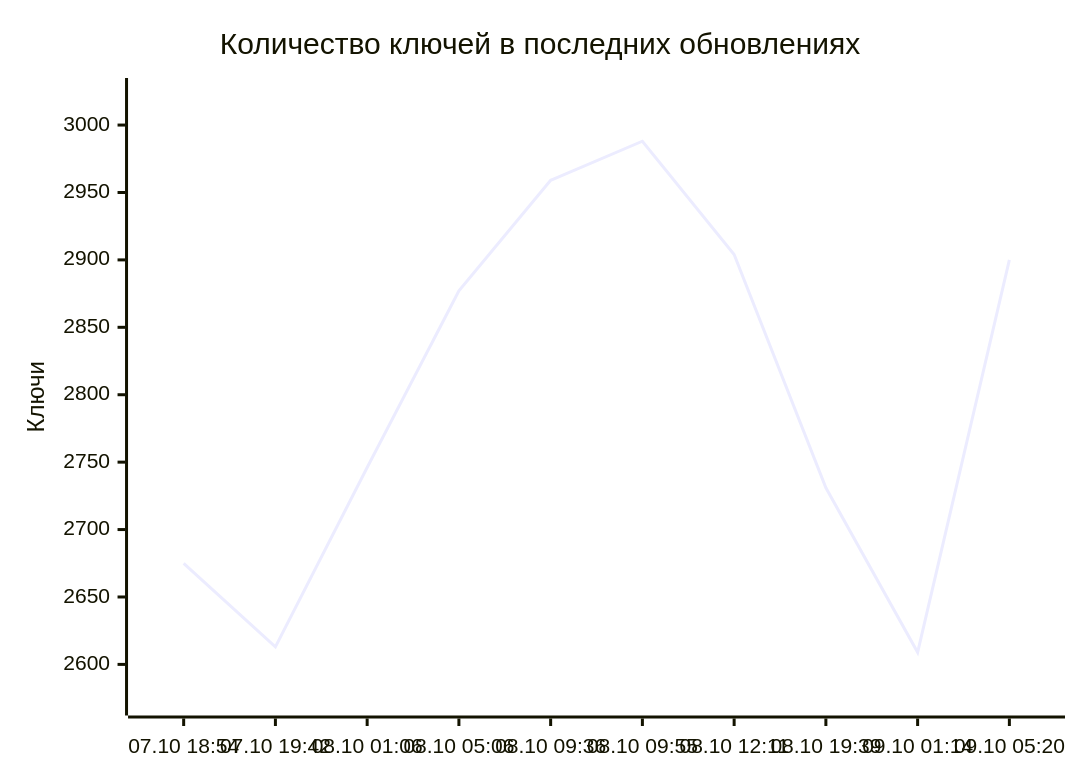
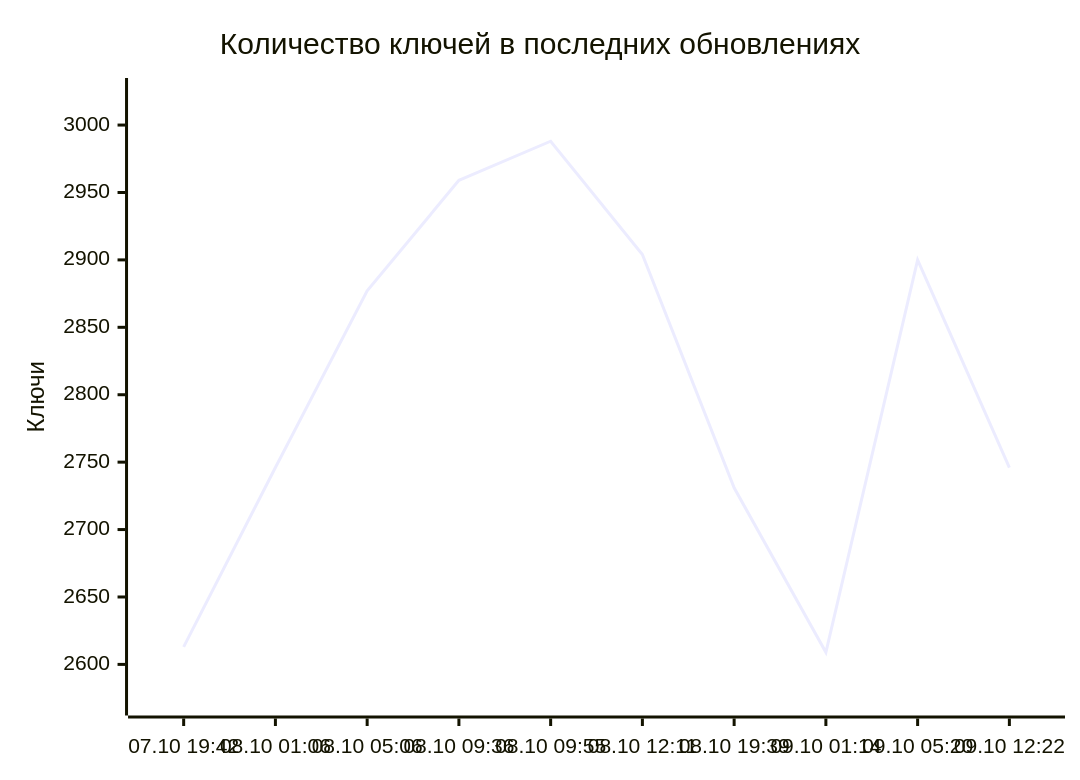
Before and after one commit to markKikhtenko/WireVeil: the diagram in README.md, drawn with Mermaid. The commit also changed other lines of this file and 12 other files, not shown here.

````diff
--- a/README.md
+++ b/README.md
@@ -55,7 +55,7 @@
 ```mermaid
 xychart-beta
     title "Количество ключей в последних обновлениях"
-    x-axis ["07.10 18:54", "07.10 19:42", "08.10 01:06", "08.10 05:06", "08.10 09:36", "08.10 09:55", "08.10 12:11", "08.10 19:39", "09.10 01:14", "09.10 05:20"]
+    x-axis ["07.10 19:42", "08.10 01:06", "08.10 05:06", "08.10 09:36", "08.10 09:55", "08.10 12:11", "08.10 19:39", "09.10 01:14", "09.10 05:20", "09.10 12:22"]
     y-axis "Ключи" 2571 --> 3026
-    line [2675, 2613, 2746, 2877, 2959, 2988, 2904, 2731, 2609, 2900]
+    line [2613, 2746, 2877, 2959, 2988, 2904, 2731, 2609, 2900, 2746]
 ```
````
